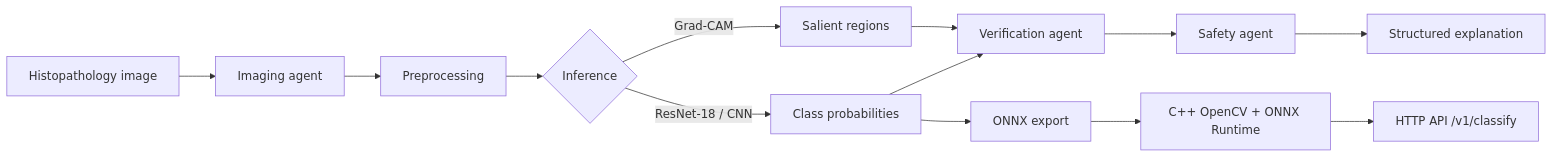
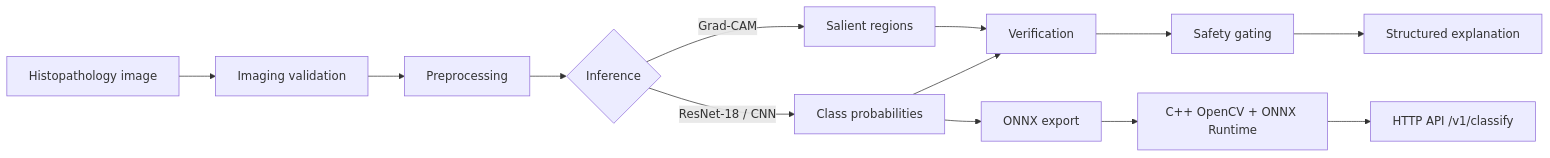
One commit to LouayHM3/Breast-Cancer-Histopathology-Classification-with-Deep-Learning changed the first of 4 diagrams in README.md. Above: the diagram before and after it, drawn with Mermaid. The commit also changed other lines of this file and 8 other files, not shown here.

Commit message:
Harden validation and rename safety pipeline

````diff
--- a/README.md
+++ b/README.md
@@ -63,15 +63,15 @@
 ```mermaid
 flowchart LR
-    A[Histopathology image] --> B[Imaging agent]
+    A[Histopathology image] --> B[Imaging validation]
     B --> C[Preprocessing]
     C --> D{Inference}
     D -->|ResNet-18 / CNN| E[Class probabilities]
     D -->|Grad-CAM| F[Salient regions]
-    E --> G[Verification agent]
+    E --> G[Verification]
     F --> G
-    G --> H[Safety agent]
+    G --> H[Safety gating]
     H --> I[Structured explanation]
     E --> J[ONNX export]
     J --> K[C++ OpenCV + ONNX Runtime]
     K --> L[HTTP API /v1/classify]
 ```
````
